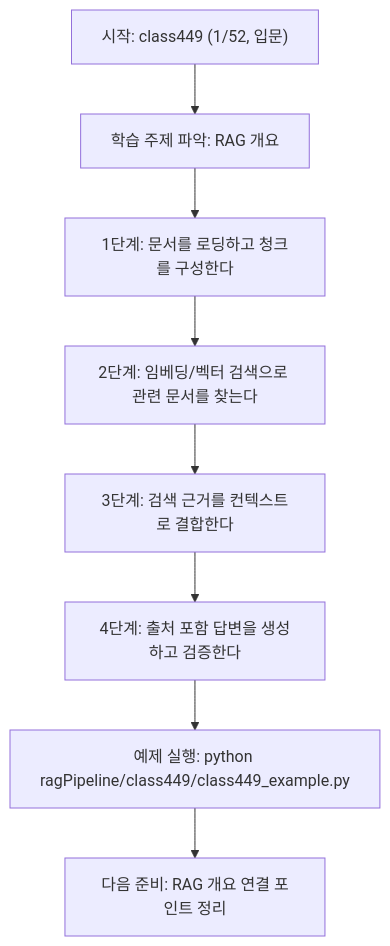
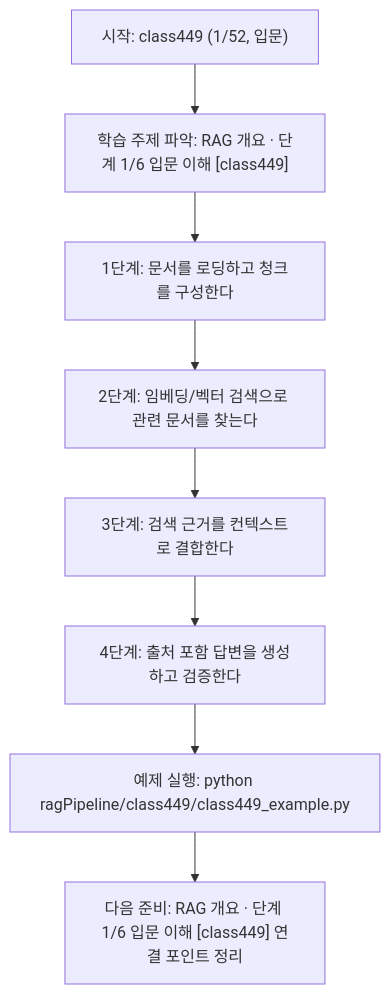
Before and after one commit to edumgt/Python-AI_Agent-Class: the diagram in ragPipeline/class449/class449.md, drawn with Mermaid. The commit also changed other lines of this file and 522 other files, not shown here.

````diff
--- a/ragPipeline/class449/class449.md
+++ b/ragPipeline/class449/class449.md
@@ -109,18 +110,18 @@
 ```mermaid
 flowchart TD
 N1["시작: class449 (1/52, 입문)"]
-N2["학습 주제 파악: RAG 개요"]
+N2["학습 주제 파악: RAG 개요 · 단계 1/6 입문 이해 [class449]"]
 N3["1단계: 문서를 로딩하고 청크를 구성한다"]
 N4["2단계: 임베딩/벡터 검색으로 관련 문서를 찾는다"]
 N5["3단계: 검색 근거를 컨텍스트로 결합한다"]
 N6["4단계: 출처 포함 답변을 생성하고 검증한다"]
 N7["예제 실행: python ragPipeline/class449/class449_example.py"]
-N8["다음 준비: RAG 개요 연결 포인트 정리"]
+N8["다음 준비: RAG 개요 · 단계 1/6 입문 이해 [class449] 연결 포인트 정리"]
 N1 --> N2
 N2 --> N3
 N3 --> N4
 N4 --> N5
 N5 --> N6
 N6 --> N7
 N7 --> N8
 ```
````
